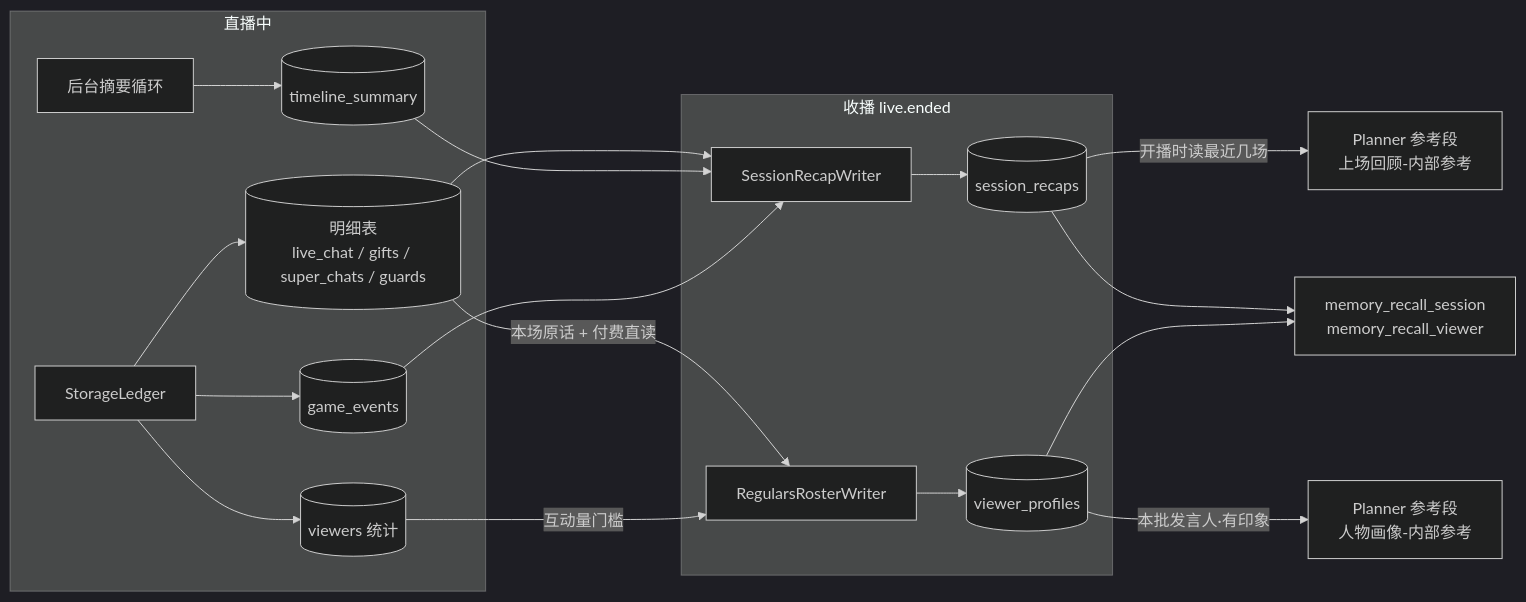
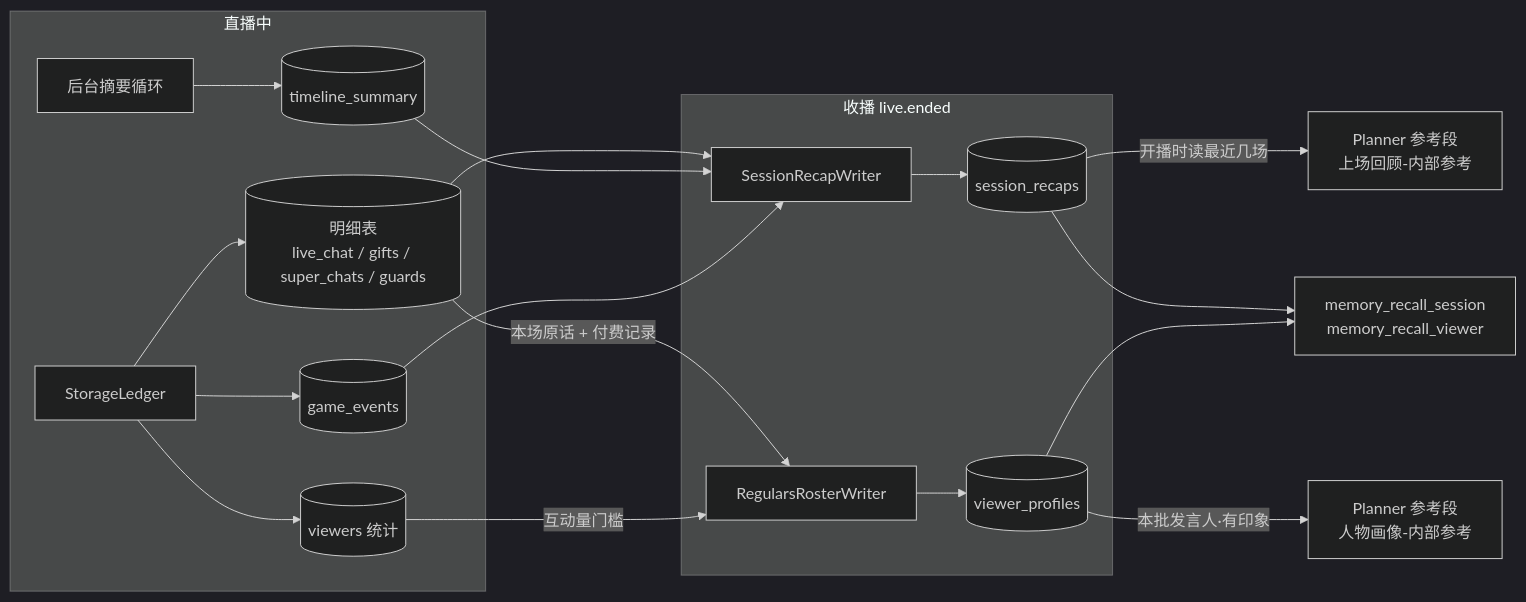
The diagram in docs/architecture/streamer-memory.md (Mai-with-u/Amaidesu), drawn with Mermaid (dark theme) before and after one commit. The commit also changed other lines of this file and 35 other files, not shown here.

````diff
--- a/docs/architecture/streamer-memory.md
+++ b/docs/architecture/streamer-memory.md
@@ -16,19 +16,19 @@
 ```mermaid
 flowchart LR
     subgraph 直播中
         L[StorageLedger] --> D[(明细表<br/>live_chat / gifts / super_chats / guards)]
         L --> V[(viewers 统计)]
         L --> G[(game_events)]
         B[后台摘要循环] --> T[(timeline_summary)]
     end
     subgraph 收播 live.ended
         R[SessionRecapWriter] --> SR[(session_recaps)]
         W[RegularsRosterWriter] --> VP[(viewer_profiles)]
     end
     D & T & G --> R
-    D -->|本场原话 + 付费直读| W
+    D -->|本场原话 + 付费记录| W
     V -->|互动量门槛| W
     SR -->|开播时读最近几场| P[Planner 参考段<br/>上场回顾-内部参考]
     VP -->|本批发言人·有印象| Q[Planner 参考段<br/>人物画像-内部参考]
     SR & VP --> TOOLS[memory_recall_session<br/>memory_recall_viewer]
 ```
````
